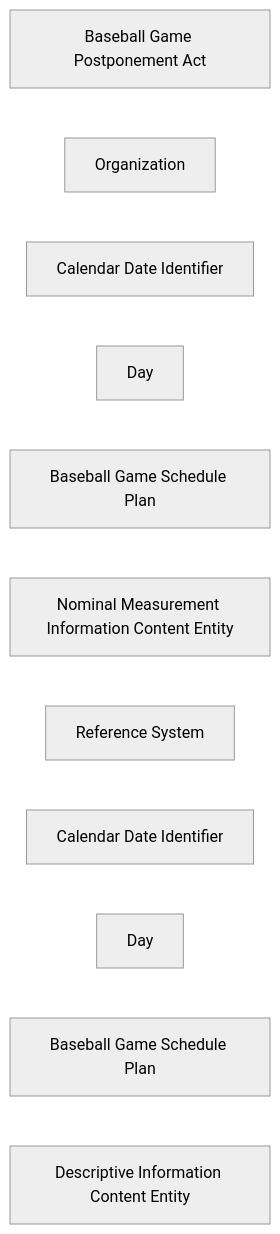
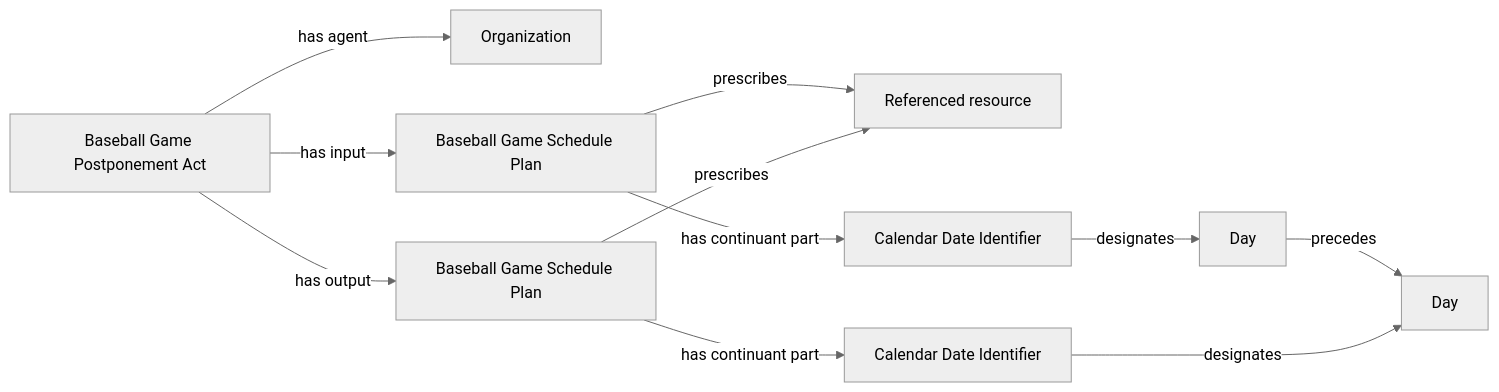
One commit to CarterBeauBenson/BaseballO changed the diagram in Baseball/mermaid/patterns/ontology/60-game-postponement.md. Above: the diagram before and after it, drawn with Mermaid (neutral theme). The commit also changed other lines of this file and 152 other files, not shown here.

````diff
--- a/Baseball/mermaid/patterns/ontology/60-game-postponement.md
+++ b/Baseball/mermaid/patterns/ontology/60-game-postponement.md
@@ -10,14 +10,22 @@
 ```mermaid
 flowchart LR
     N01["Baseball Game Postponement Act"]
-    N02["Organization"]
-    N03["Calendar Date Identifier"]
-    N04["Day"]
-    N05["Baseball Game Schedule Plan"]
-    N06["Nominal Measurement Information Content Entity"]
-    N07["Reference System"]
-    N08["Calendar Date Identifier"]
-    N09["Day"]
-    N10["Baseball Game Schedule Plan"]
-    N11["Descriptive Information Content Entity"]
+    N02["Referenced resource"]
+    N03["Organization"]
+    N04["Calendar Date Identifier"]
+    N05["Day"]
+    N06["Baseball Game Schedule Plan"]
+    N07["Calendar Date Identifier"]
+    N08["Day"]
+    N09["Baseball Game Schedule Plan"]
+    N01 -->|has agent| N03
+    N01 -->|has input| N06
+    N01 -->|has output| N09
+    N04 -->|designates| N05
+    N05 -->|precedes| N08
+    N06 -->|has continuant part| N04
+    N06 -->|prescribes| N02
+    N07 -->|designates| N08
+    N09 -->|has continuant part| N07
+    N09 -->|prescribes| N02
 ```
````
